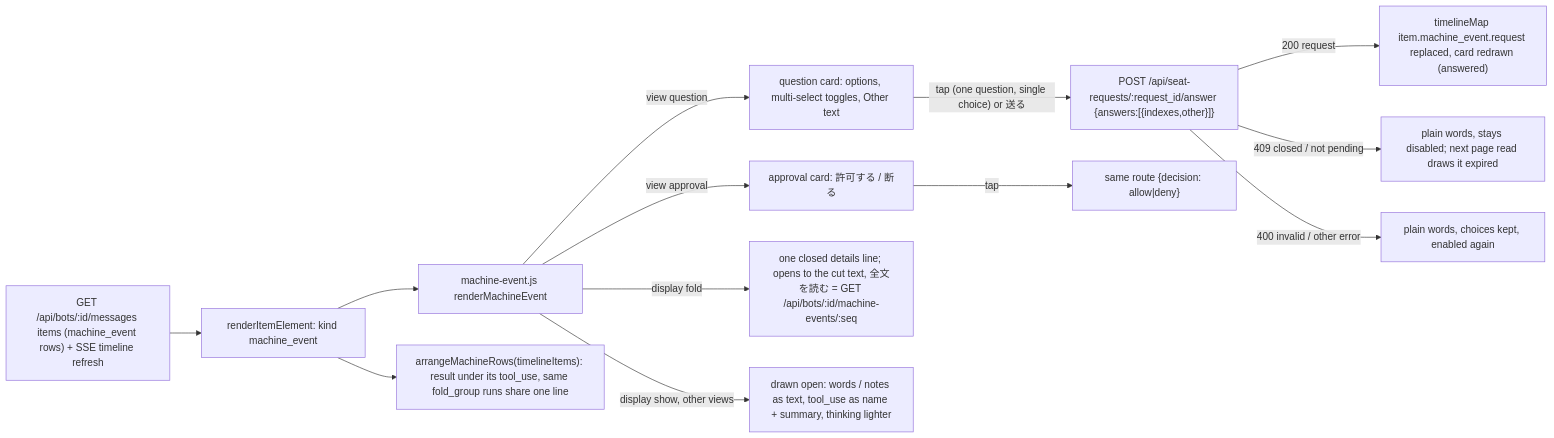
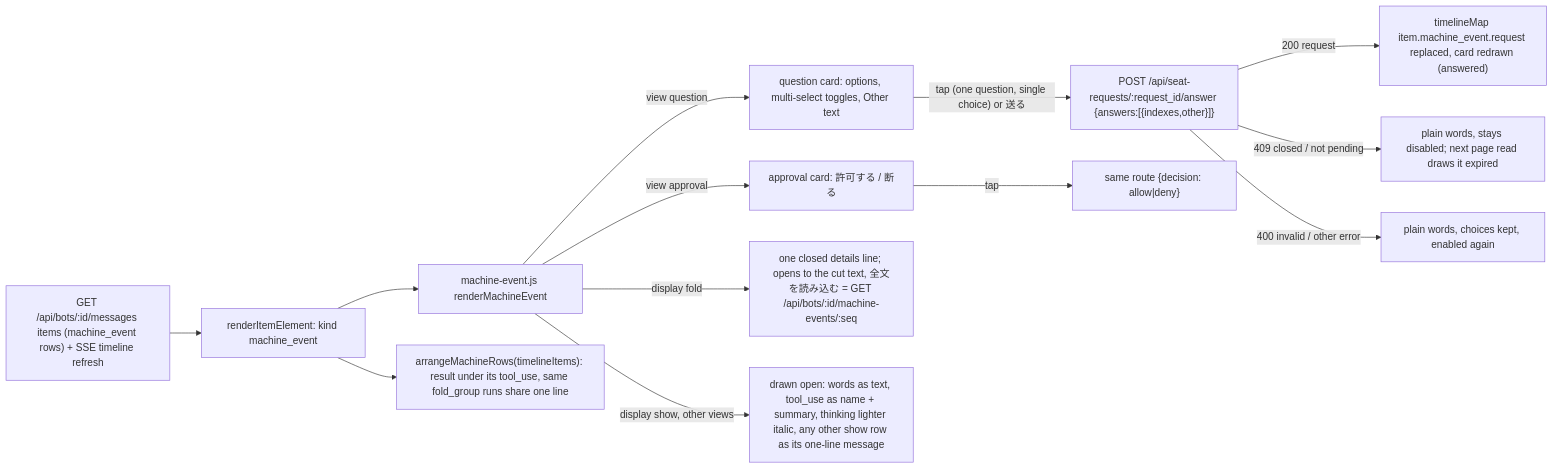
Before and after one commit to kitepon/BellTeam: diagram 16 of 16 in docs/architecture/modules/web/conversation.md, drawn with Mermaid. The commit also changed other lines of this file and 4 other files, not shown here.

Commit message:
a471-fold-web: match the finished iPhone fold (group line, 全文を読み込む, one-line notes)

````diff
--- a/docs/architecture/modules/web/conversation.md
+++ b/docs/architecture/modules/web/conversation.md
@@ -392,15 +392,15 @@
 ```mermaid
 flowchart LR
   Page["GET /api/bots/:id/messages items (machine_event rows) + SSE timeline refresh"] --> Item["renderItemElement: kind machine_event"]
   Item --> ME["machine-event.js renderMachineEvent"]
   ME -->|"view question"| Q["question card: options, multi-select toggles, Other text"]
   ME -->|"view approval"| A["approval card: 許可する / 断る"]
-  ME -->|"display fold"| F["one closed details line; opens to the cut text, 全文を読む = GET /api/bots/:id/machine-events/:seq"]
-  ME -->|"display show, other views"| S["drawn open: words / notes as text, tool_use as name + summary, thinking lighter"]
+  ME -->|"display fold"| F["one closed details line; opens to the cut text, 全文を読み込む = GET /api/bots/:id/machine-events/:seq"]
+  ME -->|"display show, other views"| S["drawn open: words as text, tool_use as name + summary, thinking lighter italic, any other show row as its one-line message"]
   Item --> Arr["arrangeMachineRows(timelineItems): result under its tool_use, same fold_group runs share one line"]
   Q -->|"tap (one question, single choice) or 送る"| Post["POST /api/seat-requests/:request_id/answer {answers:[{indexes,other}]}"]
   A -->|"tap"| Post2["same route {decision: allow|deny}"]
   Post -->|"200 request"| Item2["timelineMap item.machine_event.request replaced, card redrawn (answered)"]
   Post -->|"409 closed / not pending"| Closed["plain words, stays disabled; next page read draws it expired"]
   Post -->|"400 invalid / other error"| Retry["plain words, choices kept, enabled again"]
 ```
````
